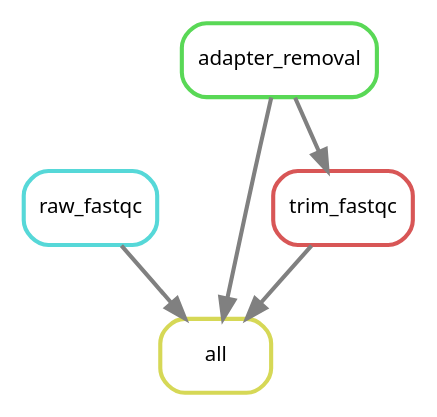
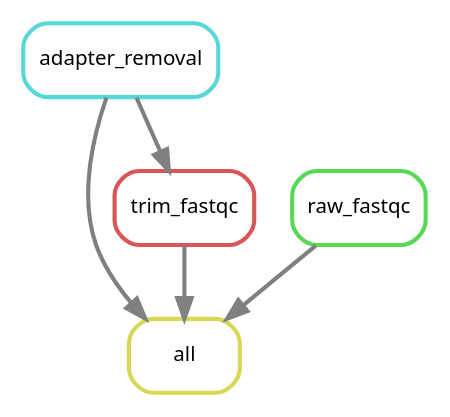
The diagram in output/rulegraph.dot (DRMCRL/ENCODE_T47D_HiC_ENCSR549MGQ), drawn with Graphviz before and after one commit. The commit also changed 6 other files, not shown here.

```diff
--- a/output/rulegraph.dot
+++ b/output/rulegraph.dot
@@ -1,13 +1,13 @@
 digraph snakemake_dag {
     graph[bgcolor=white, margin=0];
     node[shape=box, style=rounded, fontname=sans,                 fontsize=10, penwidth=2];
     edge[penwidth=2, color=grey];
 	0[label = "all", color = "0.17 0.6 0.85", style="rounded"];
-	1[label = "raw_fastqc", color = "0.50 0.6 0.85", style="rounded"];
+	1[label = "adapter_removal", color = "0.50 0.6 0.85", style="rounded"];
 	2[label = "trim_fastqc", color = "0.00 0.6 0.85", style="rounded"];
-	3[label = "adapter_removal", color = "0.33 0.6 0.85", style="rounded"];
+	3[label = "raw_fastqc", color = "0.33 0.6 0.85", style="rounded"];
+	2 -> 0
+	3 -> 0
 	1 -> 0
-	3 -> 0
-	2 -> 0
-	3 -> 2
+	1 -> 2
 }            
```
